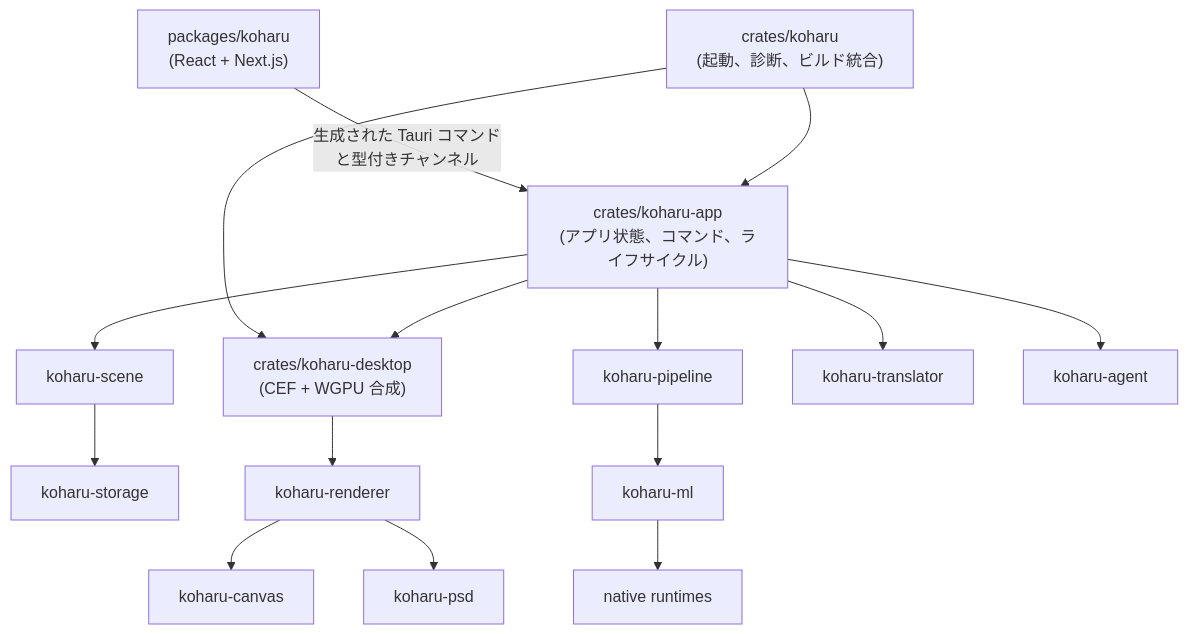
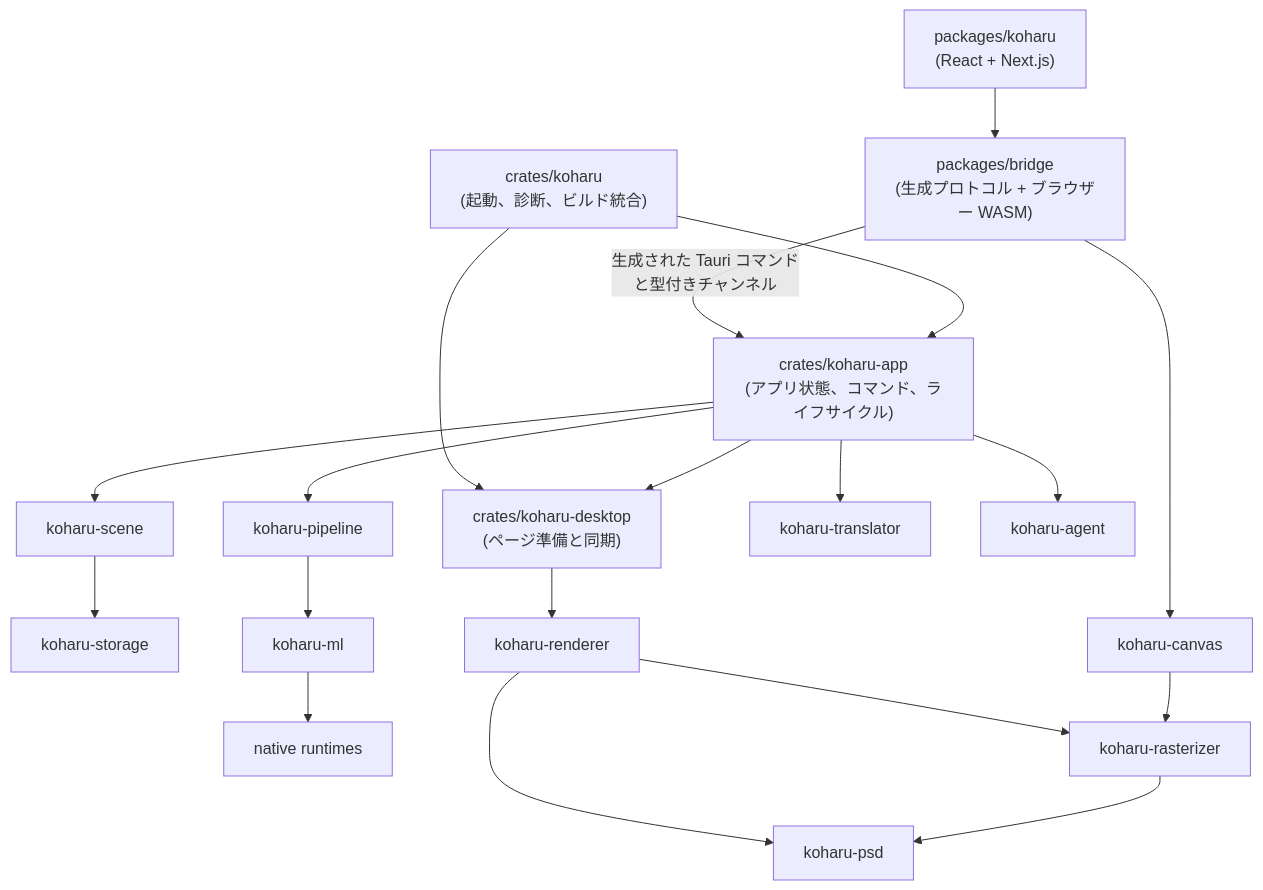
The diagram in docs/ja-JP/development/architecture.md (mayocream/koharu), drawn with Mermaid before and after one commit. The commit also changed other lines of this file and 136 other files, not shown here.

Commit message:
refactor: WebGPU/WASM-based canvas

````diff
--- a/docs/ja-JP/development/architecture.md
+++ b/docs/ja-JP/development/architecture.md
@@ -10,28 +10,33 @@
 ```mermaid
 flowchart TB
   frontend["packages/koharu<br/>(React + Next.js)"]
+  bridge["packages/bridge<br/>(生成プロトコル + ブラウザー WASM)"]
   entry["crates/koharu<br/>(起動、診断、ビルド統合)"]
   app["crates/koharu-app<br/>(アプリ状態、コマンド、ライフサイクル)"]
-  desktop["crates/koharu-desktop<br/>(CEF + WGPU 合成)"]
+  desktop["crates/koharu-desktop<br/>(ページ準備と同期)"]
   scene["koharu-scene"]
   storage["koharu-storage"]
   pipeline["koharu-pipeline"]
   ml["koharu-ml"]
   native["native runtimes"]
   translator["koharu-translator"]
   renderer["koharu-renderer"]
   canvas["koharu-canvas"]
+  rasterizer["koharu-rasterizer"]
   psd["koharu-psd"]
   agent["koharu-agent"]
 
-  frontend -->|"生成された Tauri コマンド<br/>と型付きチャンネル"| app
+  frontend --> bridge
+  bridge -->|"生成された Tauri コマンド<br/>と型付きチャンネル"| app
   entry --> app
   entry --> desktop
   app --> desktop
   app --> scene --> storage
   app --> pipeline --> ml --> native
   app --> translator
-  desktop --> renderer --> canvas
+  desktop --> renderer --> rasterizer
+  bridge --> canvas --> rasterizer
   renderer --> psd
+  rasterizer --> psd
   app --> agent
 ```
````
